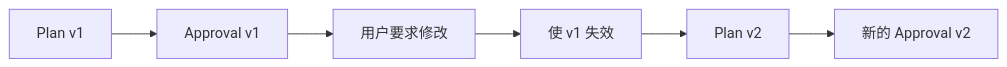
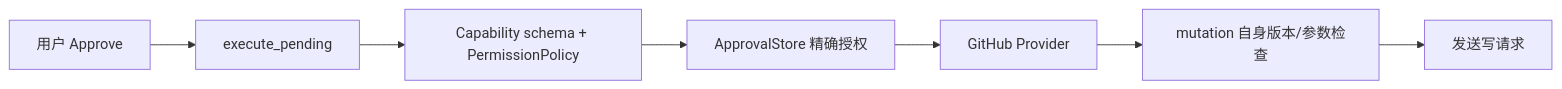
Diagram 11 of 19 in docs/08-approval-and-remote-mutations.md (Arthur999459up/GitAgent), drawn with Mermaid before and after one commit. The commit also changed other lines of this file and 3 other files, not shown here.

````diff
--- a/docs/08-approval-and-remote-mutations.md
+++ b/docs/08-approval-and-remote-mutations.md
@@ -220,8 +540,9 @@
 ```mermaid
 flowchart LR
-    P1[Plan v1] --> A1[Approval v1]
-    A1 --> U[用户要求修改]
-    U --> X[使 v1 失效]
-    X --> P2[Plan v2]
-    P2 --> A2[新的 Approval v2]
+    A[用户 Approve] --> B[execute_pending]
+    B --> C[Capability schema + PermissionPolicy]
+    C --> D[ApprovalStore 精确授权]
+    D --> E[GitHub Provider]
+    E --> F[mutation 自身版本/参数检查]
+    F --> G[发送写请求]
 ```
````
